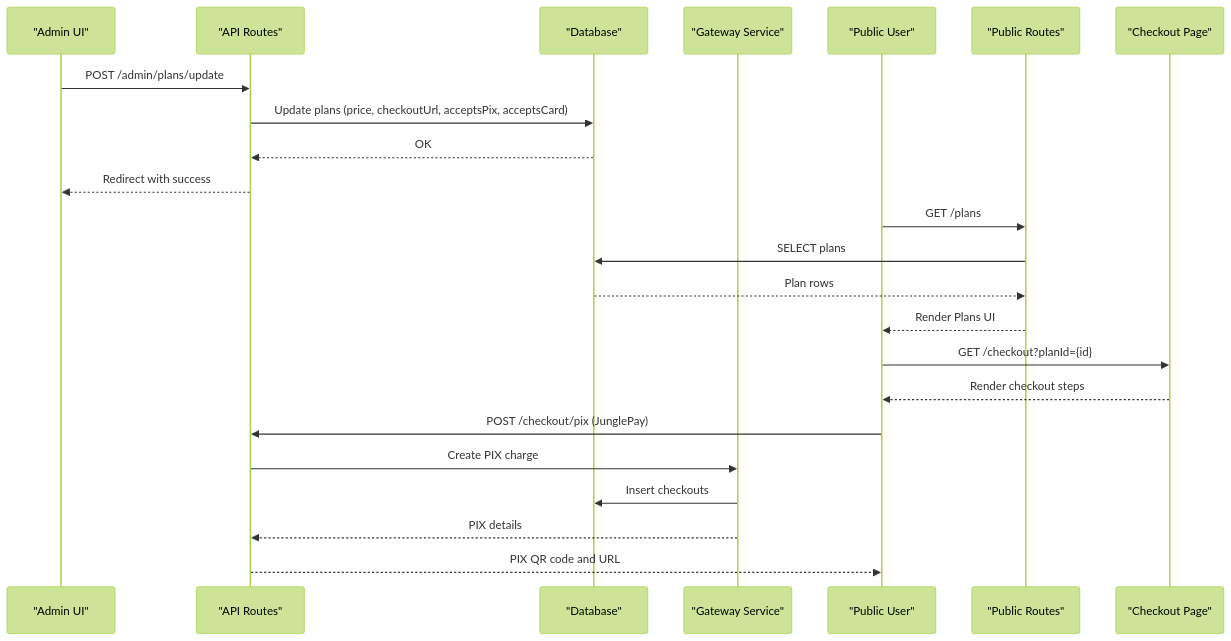
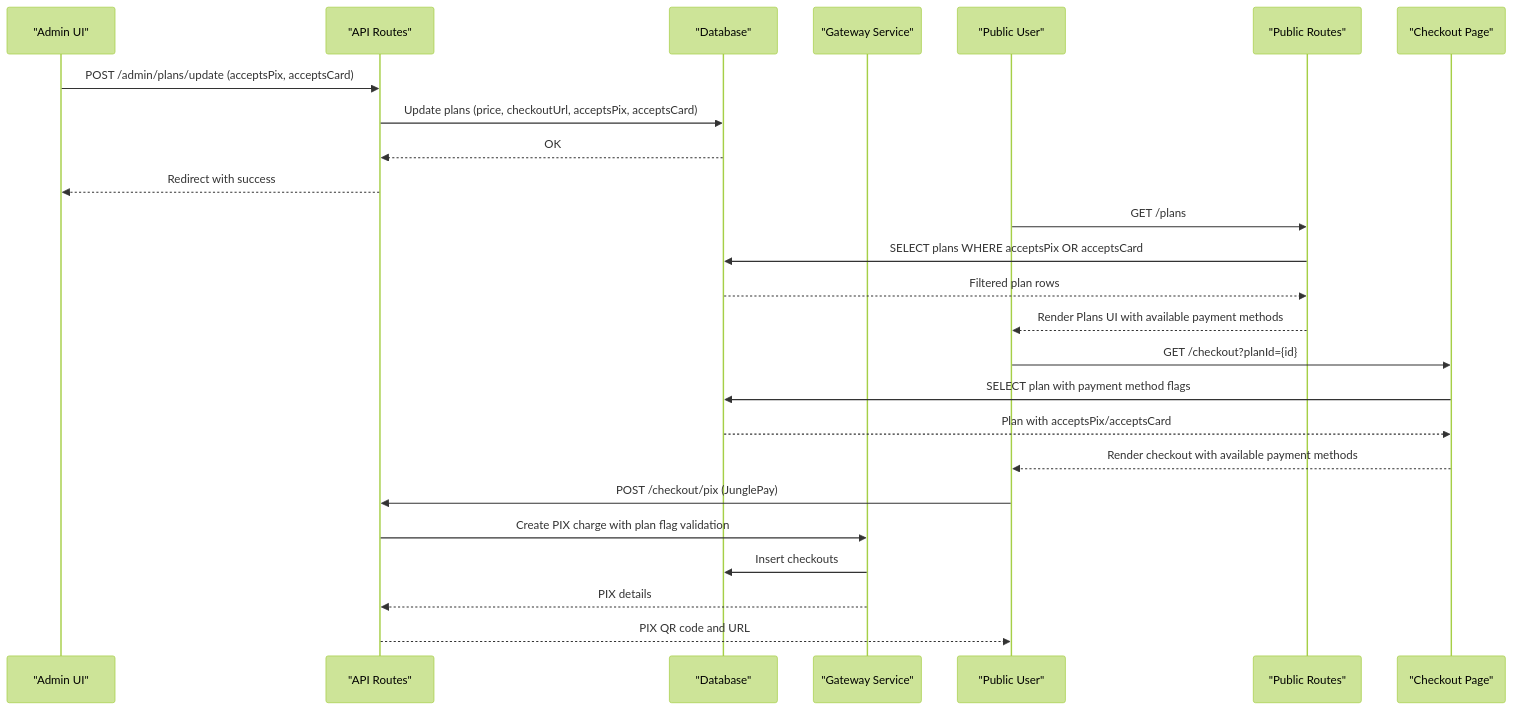
One commit to eromedrive2tb-gif/Avitrine changed the second of 5 diagrams in .qoder/repowiki/en/content/Database Design/Core Data Models/Plans Model.md. Above: the diagram before and after it, drawn with Mermaid (forest theme). The commit also changed other lines of this file and 18 other files, not shown here.

````diff
--- a/.qoder/repowiki/en/content/Database Design/Core Data Models/Plans Model.md
+++ b/.qoder/repowiki/en/content/Database Design/Core Data Models/Plans Model.md
@@ -107,25 +121,27 @@
 ```mermaid
 sequenceDiagram
 participant Admin as "Admin UI"
 participant API as "API Routes"
 participant DB as "Database"
 participant GW as "Gateway Service"
-Admin->>API : POST /admin/plans/update
+Admin->>API : POST /admin/plans/update (acceptsPix, acceptsCard)
 API->>DB : Update plans (price, checkoutUrl, acceptsPix, acceptsCard)
 DB-->>API : OK
 API-->>Admin : Redirect with success
 participant User as "Public User"
 participant Public as "Public Routes"
 participant Checkout as "Checkout Page"
 User->>Public : GET /plans
-Public->>DB : SELECT plans
-DB-->>Public : Plan rows
-Public-->>User : Render Plans UI
+Public->>DB : SELECT plans WHERE acceptsPix OR acceptsCard
+DB-->>Public : Filtered plan rows
+Public-->>User : Render Plans UI with available payment methods
 User->>Checkout : GET /checkout?planId={id}
-Checkout-->>User : Render checkout steps
+Checkout->>DB : SELECT plan with payment method flags
+DB-->>Checkout : Plan with acceptsPix/acceptsCard
+Checkout-->>User : Render checkout with available payment methods
 User->>API : POST /checkout/pix (JunglePay)
-API->>GW : Create PIX charge
+API->>GW : Create PIX charge with plan flag validation
 GW->>DB : Insert checkouts
 GW-->>API : PIX details
 API-->>User : PIX QR code and URL
 ```
````
